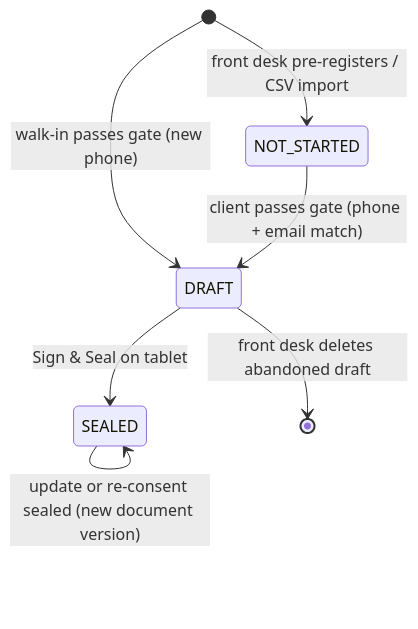
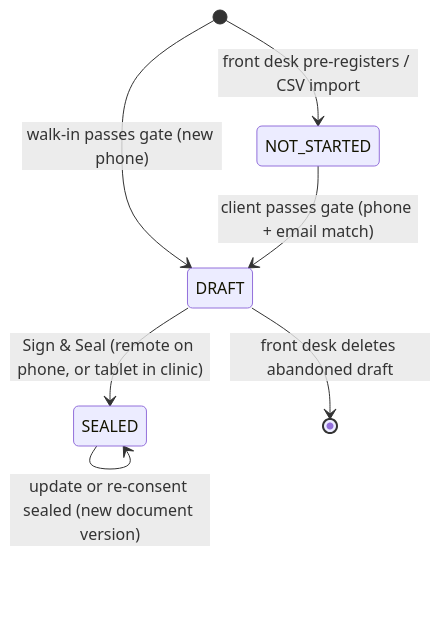
The second of 7 diagrams in doc/ConsentSeal-DESIGN.v2.md (szhanggit/consentseal), drawn with Mermaid before and after one commit. The commit also changed other lines of this file and 3 other files, not shown here.

````diff
--- a/doc/ConsentSeal-DESIGN.v2.md
+++ b/doc/ConsentSeal-DESIGN.v2.md
@@ -209,9 +213,9 @@
 ```mermaid
 stateDiagram-v2
   [*] --> NOT_STARTED: front desk pre-registers / CSV import
   [*] --> DRAFT: walk-in passes gate (new phone)
   NOT_STARTED --> DRAFT: client passes gate (phone + email match)
-  DRAFT --> SEALED: Sign & Seal on tablet
+  DRAFT --> SEALED: Sign & Seal (remote on phone, or tablet in clinic)
   DRAFT --> [*]: front desk deletes abandoned draft
   SEALED --> SEALED: update or re-consent sealed (new document version)
 ```
````
